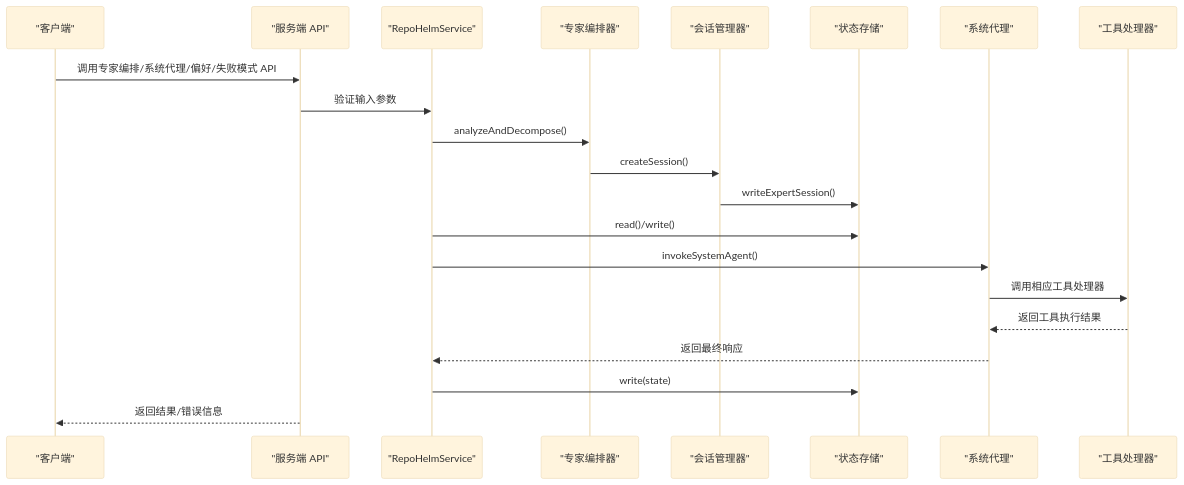
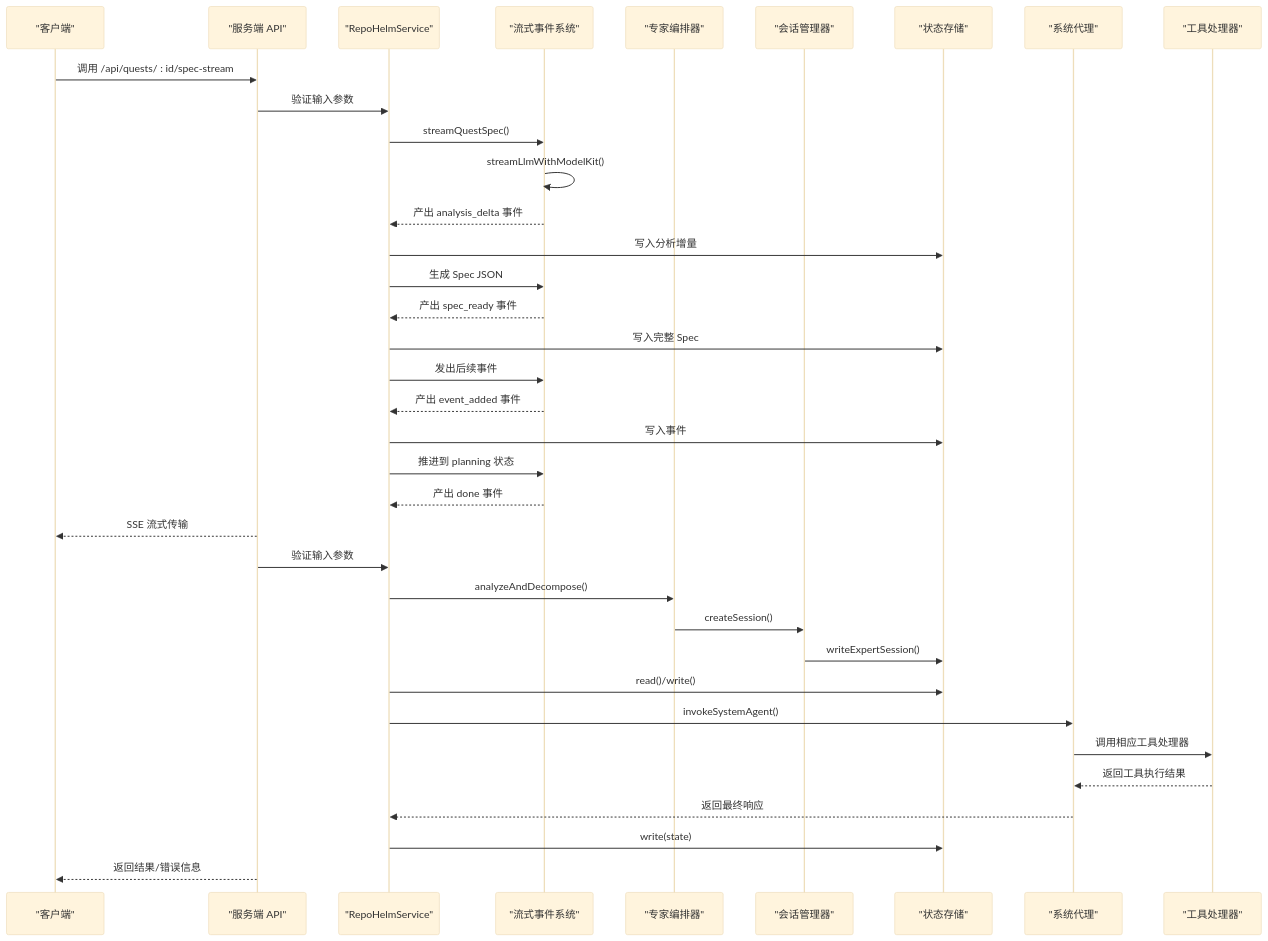
The second of 8 diagrams in .qoder/repowiki/zh/content/数据模型和类型系统/数据模型和类型系统.md (coconilu/RepoHelm), drawn with Mermaid (base theme) before and after one commit. The commit also changed other lines of this file and 7 other files, not shown here.

````diff
--- a/.qoder/repowiki/zh/content/数据模型和类型系统/数据模型和类型系统.md
+++ b/.qoder/repowiki/zh/content/数据模型和类型系统/数据模型和类型系统.md
@@ -311,23 +333,38 @@
 ```mermaid
 sequenceDiagram
 participant Client as "客户端"
 participant API as "服务端 API"
 participant Service as "RepoHelmService"
+participant Stream as "流式事件系统"
 participant ExpertOrchestrator as "专家编排器"
 participant SessionManager as "会话管理器"
 participant Store as "状态存储"
 participant SystemAgent as "系统代理"
 participant ToolHandlers as "工具处理器"
-Client->>API : 调用专家编排/系统代理/偏好/失败模式 API
+Client->>API : 调用 /api/quests/ : id/spec-stream
+API->>Service : 验证输入参数
+Service->>Stream : streamQuestSpec()
+Stream->>Stream : streamLlmWithModelKit()
+Stream-->>Service : 产出 analysis_delta 事件
+Service->>Store : 写入分析增量
+Service->>Stream : 生成 Spec JSON
+Stream-->>Service : 产出 spec_ready 事件
+Service->>Store : 写入完整 Spec
+Service->>Stream : 发出后续事件
+Stream-->>Service : 产出 event_added 事件
+Service->>Store : 写入事件
+Service->>Stream : 推进到 planning 状态
+Stream-->>Service : 产出 done 事件
+API-->>Client : SSE 流式传输
 API->>Service : 验证输入参数
 Service->>ExpertOrchestrator : analyzeAndDecompose()
 ExpertOrchestrator->>SessionManager : createSession()
 SessionManager->>Store : writeExpertSession()
 Service->>Store : read()/write()
 Service->>SystemAgent : invokeSystemAgent()
 SystemAgent->>ToolHandlers : 调用相应工具处理器
 ToolHandlers-->>SystemAgent : 返回工具执行结果
 SystemAgent-->>Service : 返回最终响应
 Service->>Store : write(state)
 API-->>Client : 返回结果/错误信息
 ```
````
